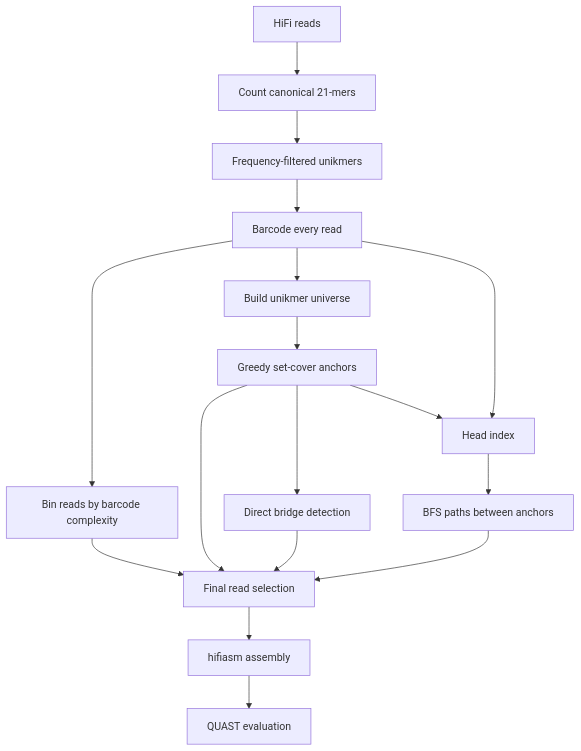
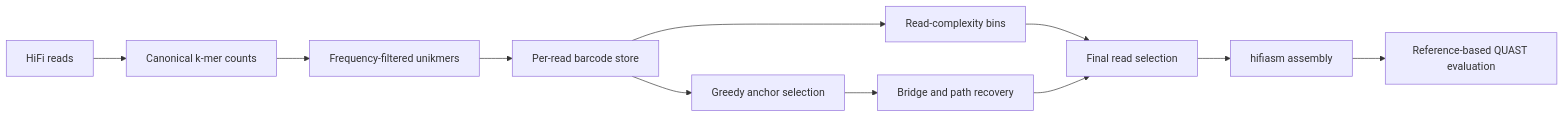
Before and after one commit to vselv001/mtp-lite: the diagram in README.md, drawn with Mermaid. The commit also changed other lines of this file and 9 other files, not shown here.

````diff
--- a/README.md
+++ b/README.md
@@ -35,19 +39,13 @@
 ```mermaid
-flowchart TD
-    A[HiFi reads] --> B[Count canonical 21-mers]
+flowchart LR
+    A[HiFi reads] --> B[Canonical k-mer counts]
     B --> C[Frequency-filtered unikmers]
-    C --> D[Barcode every read]
-    D --> E[Build unikmer universe]
-    D --> F[Bin reads by barcode complexity]
-    E --> G[Greedy set-cover anchors]
-    G --> H[Direct bridge detection]
-    G --> I[Head index]
-    D --> I
-    I --> J[BFS paths between anchors]
-    F --> K[Final read selection]
-    G --> K
-    H --> K
-    J --> K
-    K --> L[hifiasm assembly]
-    L --> M[QUAST evaluation]
+    C --> D[Per-read barcode store]
+    D --> E[Greedy anchor selection]
+    D --> F[Read-complexity bins]
+    E --> G[Bridge and path recovery]
+    F --> H[Final read selection]
+    G --> H
+    H --> I[hifiasm assembly]
+    I --> J[Reference-based QUAST evaluation]
 ```
````
